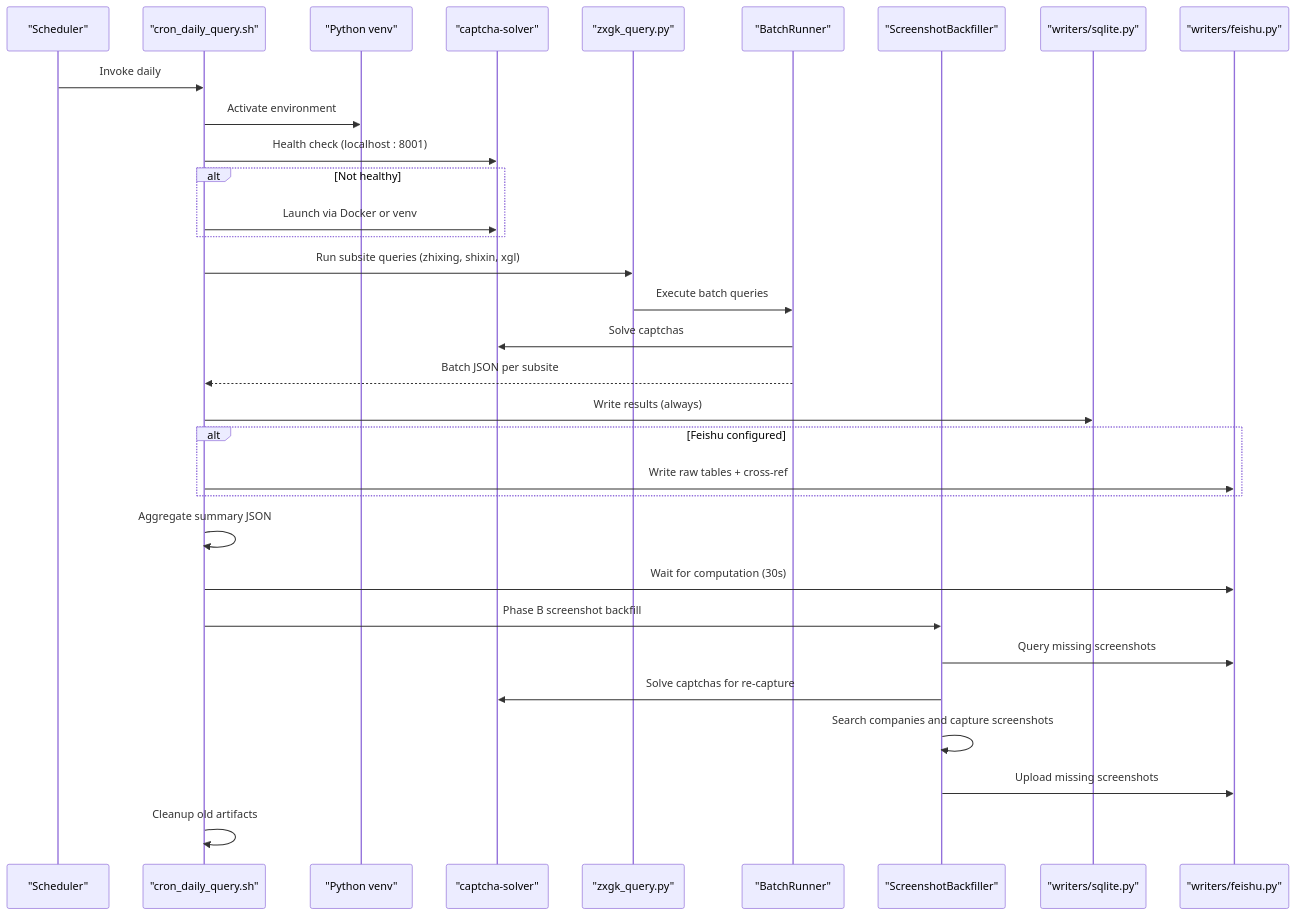
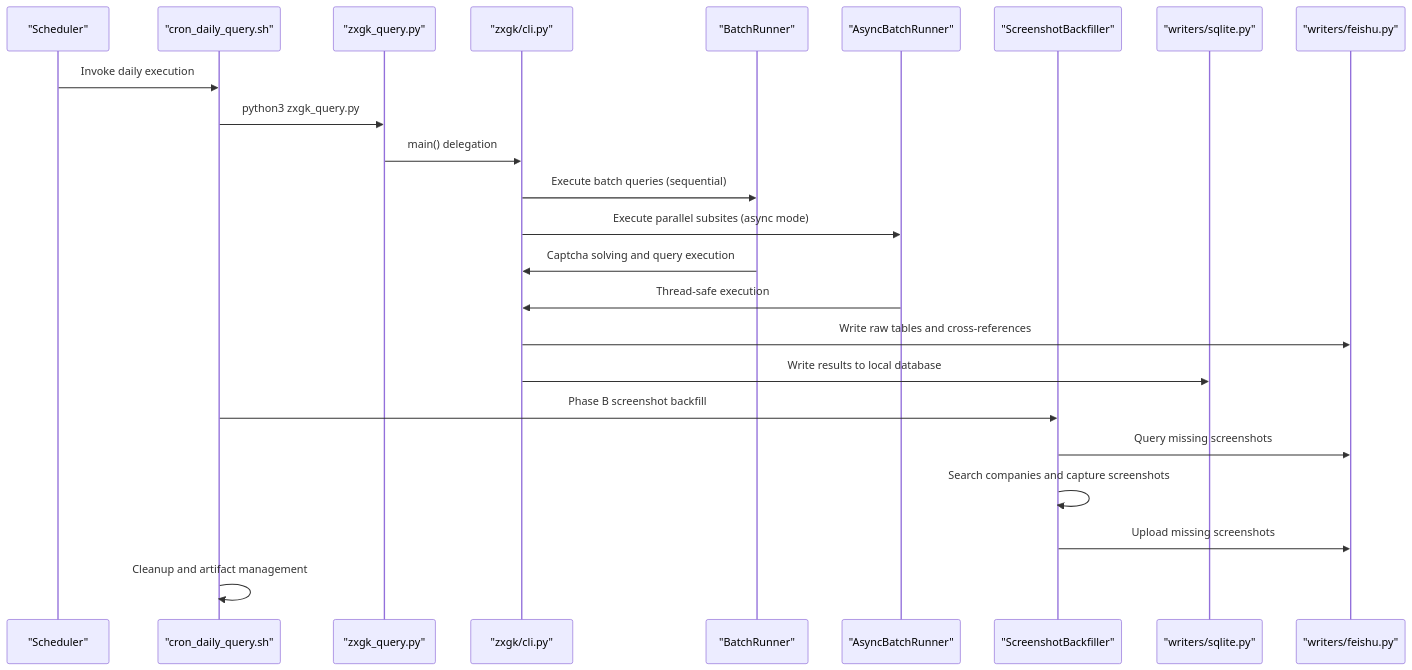
The second of 6 diagrams in .qoder/repowiki/en/content/Daily Workflow Orchestration.md (supotato-ipj/zxgk_auto_query-skill), drawn with Mermaid before and after one commit. The commit also changed other lines of this file and 19 other files, not shown here.

````diff
--- a/.qoder/repowiki/en/content/Daily Workflow Orchestration.md
+++ b/.qoder/repowiki/en/content/Daily Workflow Orchestration.md
@@ -150,34 +152,26 @@
 ```mermaid
 sequenceDiagram
 participant Cron as "Scheduler"
 participant Orchestrator as "cron_daily_query.sh"
-participant Venv as "Python venv"
-participant Captcha as "captcha-solver"
-participant CLI as "zxgk_query.py"
+participant CLIEntry as "zxgk_query.py"
+participant CLICore as "zxgk/cli.py"
 participant Runner as "BatchRunner"
+participant AsyncRunner as "AsyncBatchRunner"
 participant Backfill as "ScreenshotBackfiller"
 participant SQLite as "writers/sqlite.py"
 participant Feishu as "writers/feishu.py"
-Cron->>Orchestrator : Invoke daily
-Orchestrator->>Venv : Activate environment
-Orchestrator->>Captcha : Health check (localhost : 8001)
-alt Not healthy
-Orchestrator->>Captcha : Launch via Docker or venv
-end
-Orchestrator->>CLI : Run subsite queries (zhixing, shixin, xgl)
-CLI->>Runner : Execute batch queries
-Runner->>Captcha : Solve captchas
-Runner-->>Orchestrator : Batch JSON per subsite
-Orchestrator->>SQLite : Write results (always)
-alt Feishu configured
-Orchestrator->>Feishu : Write raw tables + cross-ref
-end
-Orchestrator->>Orchestrator : Aggregate summary JSON
-Orchestrator->>Feishu : Wait for computation (30s)
+Cron->>Orchestrator : Invoke daily execution
+Orchestrator->>CLIEntry : python3 zxgk_query.py
+CLIEntry->>CLICore : main() delegation
+CLICore->>Runner : Execute batch queries (sequential)
+CLICore->>AsyncRunner : Execute parallel subsites (async mode)
+Runner->>CLICore : Captcha solving and query execution
+AsyncRunner->>CLICore : Thread-safe execution
+CLICore->>Feishu : Write raw tables and cross-references
+CLICore->>SQLite : Write results to local database
 Orchestrator->>Backfill : Phase B screenshot backfill
 Backfill->>Feishu : Query missing screenshots
-Backfill->>Captcha : Solve captchas for re-capture
 Backfill->>Backfill : Search companies and capture screenshots
 Backfill->>Feishu : Upload missing screenshots
-Orchestrator->>Orchestrator : Cleanup old artifacts
+Orchestrator->>Orchestrator : Cleanup and artifact management
 ```
````
